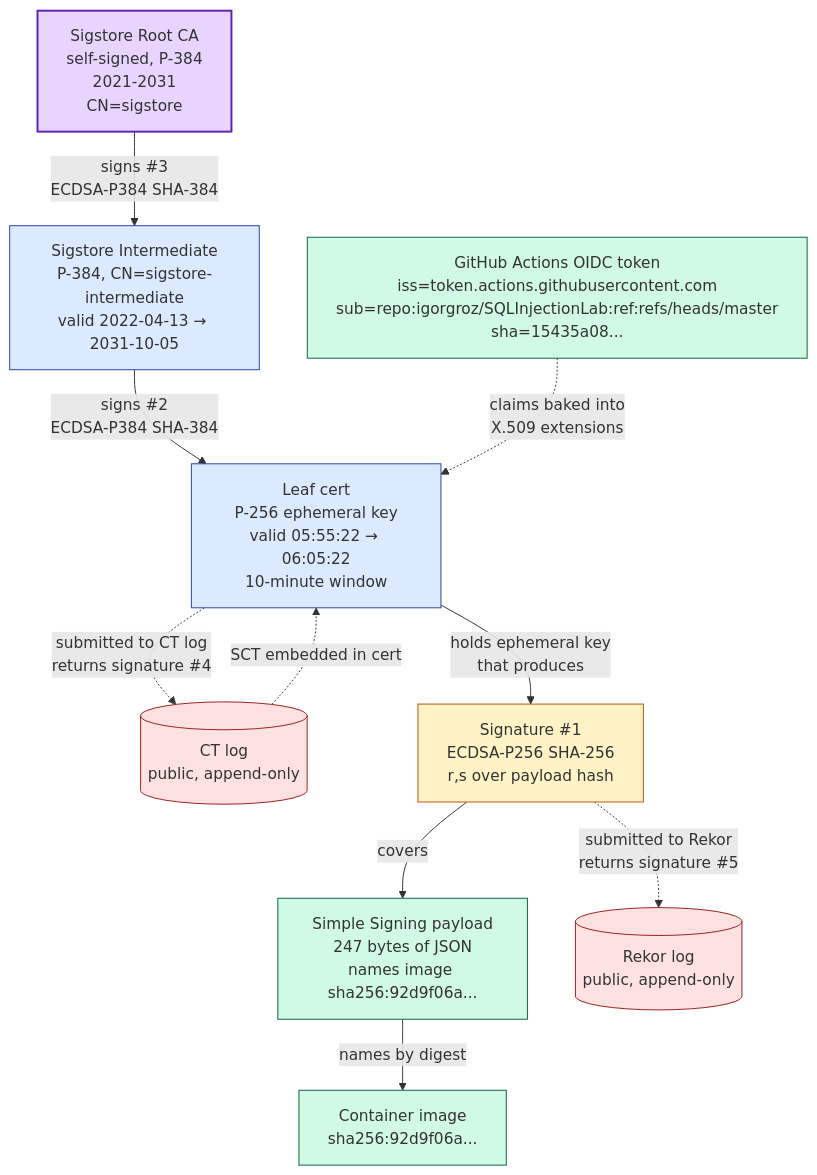
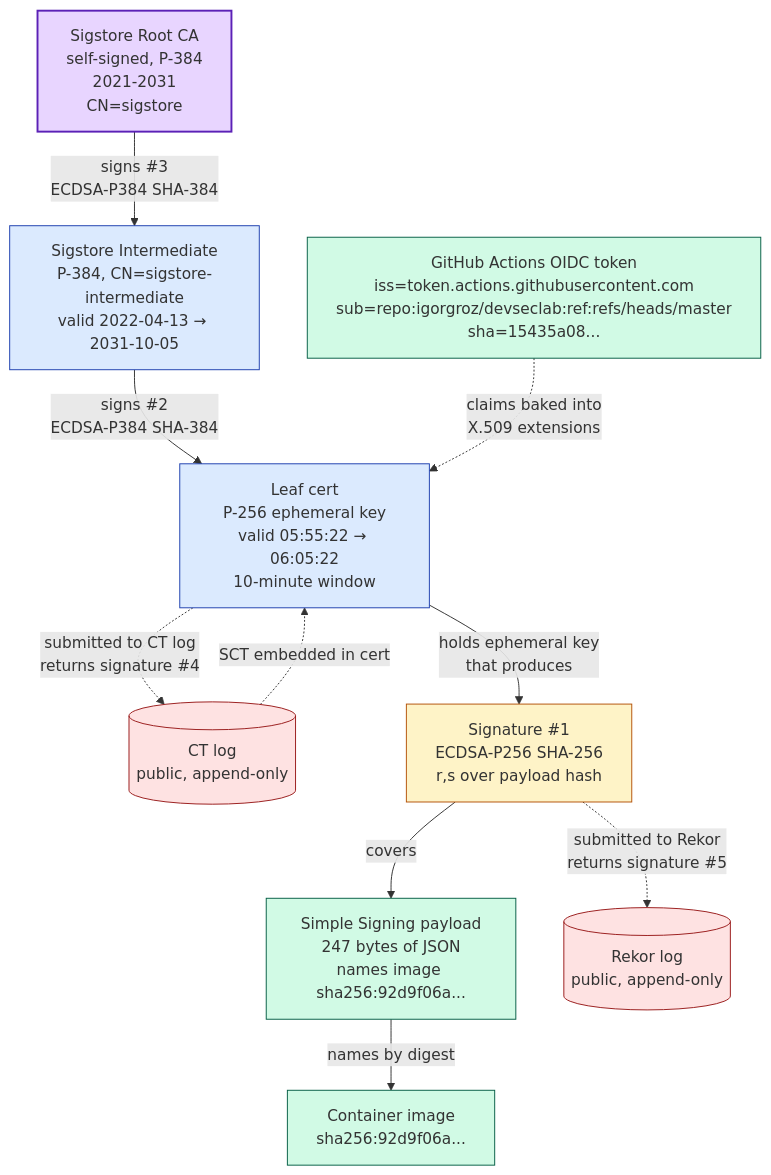
The first of 4 diagrams in COSIGN_SIGNING_DEEP_DIVE.md (igorgroz/SQLInjectionLab), drawn with Mermaid before and after one commit. The commit also changed other lines of this file and 39 other files, not shown here.

First line of the commit message:
chore(rename): devseclab token rename across repo-text files

````diff
--- a/COSIGN_SIGNING_DEEP_DIVE.md
+++ b/COSIGN_SIGNING_DEEP_DIVE.md
@@ -79,35 +79,35 @@
 ```mermaid
 graph TD
     Root["Sigstore Root CA<br/>self-signed, P-384<br/>2021-2031<br/>CN=sigstore"]
     Inter["Sigstore Intermediate<br/>P-384, CN=sigstore-intermediate<br/>valid 2022-04-13 → 2031-10-05"]
     Leaf["Leaf cert<br/>P-256 ephemeral key<br/>valid 05:55:22 → 06:05:22<br/>10-minute window"]
-    OIDC["GitHub Actions OIDC token<br/>iss=token.actions.githubusercontent.com<br/>sub=repo:igorgroz/SQLInjectionLab:ref:refs/heads/master<br/>sha=15435a08..."]
+    OIDC["GitHub Actions OIDC token<br/>iss=token.actions.githubusercontent.com<br/>sub=repo:igorgroz/devseclab:ref:refs/heads/master<br/>sha=15435a08..."]
     Payload["Simple Signing payload<br/>247 bytes of JSON<br/>names image sha256:92d9f06a..."]
     Image["Container image<br/>sha256:92d9f06a..."]
     CTLog[("CT log<br/>public, append-only")]
     Rekor[("Rekor log<br/>public, append-only")]
 
     Root -->|signs #3<br/>ECDSA-P384 SHA-384| Inter
     Inter -->|signs #2<br/>ECDSA-P384 SHA-384| Leaf
     OIDC -.->|claims baked into<br/>X.509 extensions| Leaf
     Leaf -->|holds ephemeral key<br/>that produces| Sig1
     Sig1["Signature #1<br/>ECDSA-P256 SHA-256<br/>r,s over payload hash"]
     Sig1 -->|covers| Payload
     Payload -->|names by digest| Image
 
     Leaf -.->|submitted to CT log<br/>returns signature #4| CTLog
     CTLog -.->|SCT embedded in cert| Leaf
     Sig1 -.->|submitted to Rekor<br/>returns signature #5| Rekor
 
     classDef anchor fill:#e8d5ff,stroke:#5b21b6,stroke-width:2px;
     classDef cert fill:#dbeafe,stroke:#1e40af,stroke-width:1px;
     classDef sig fill:#fef3c7,stroke:#b45309,stroke-width:1px;
     classDef data fill:#d1fae5,stroke:#065f46,stroke-width:1px;
     classDef log fill:#fee2e2,stroke:#991b1b,stroke-width:1px;
 
     class Root anchor;
     class Inter,Leaf cert;
     class Sig1 sig;
     class OIDC,Payload,Image data;
     class CTLog,Rekor log;
 ```
````
